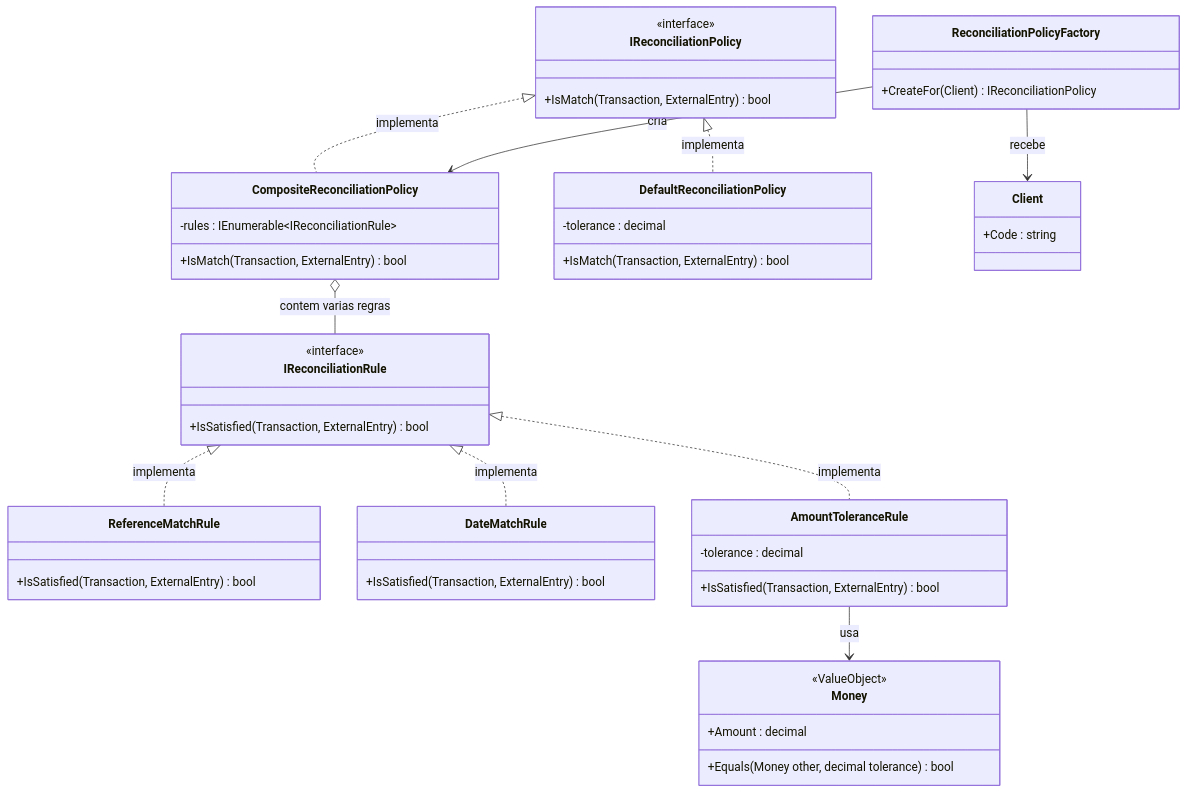
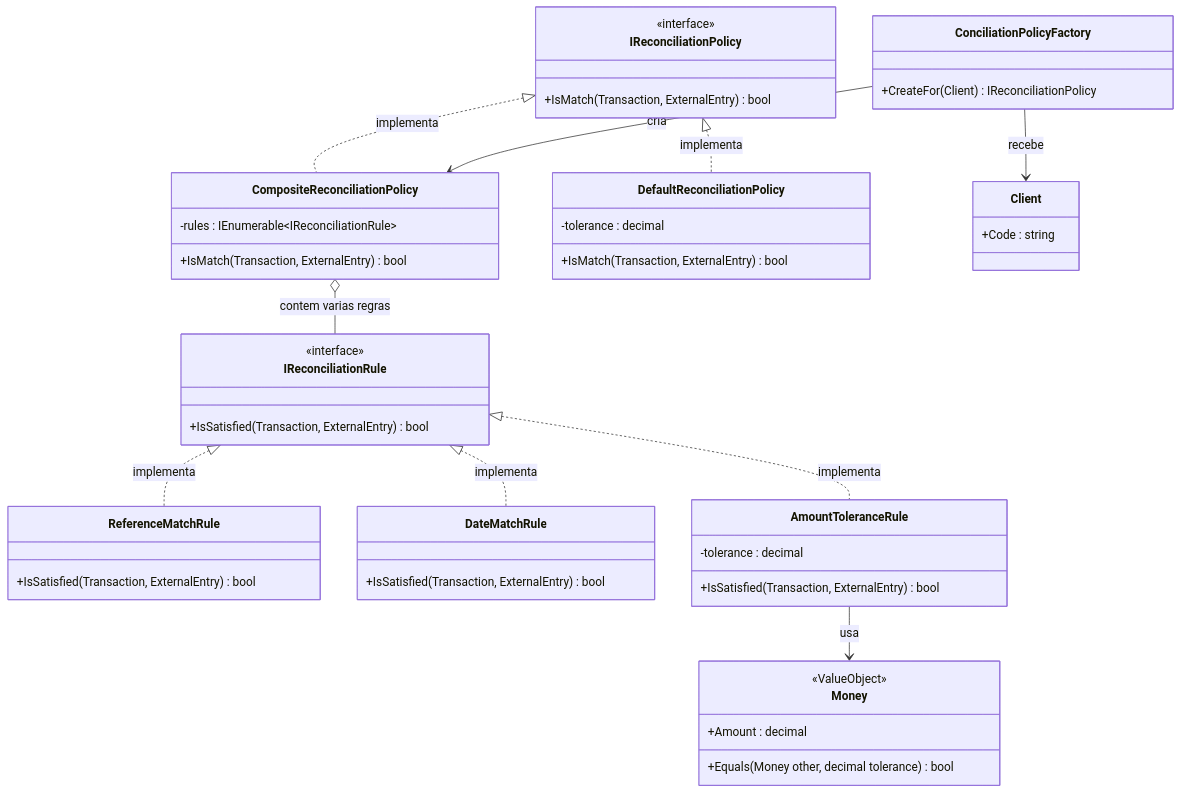
The eighth of 12 diagrams in docs/DIAGRAMAS-PROJETO.md (awernek/Conciliacao), drawn with Mermaid before and after one commit. The commit also changed other lines of this file and 40 other files, not shown here.

First line of the commit message:
feat: implement batch reconciliation flow and refactor API structure

````diff
--- a/docs/DIAGRAMAS-PROJETO.md
+++ b/docs/DIAGRAMAS-PROJETO.md
@@ -327,61 +326,61 @@
 ```mermaid
 classDiagram
     direction TB
 
     class IReconciliationPolicy {
         <<interface>>
         +IsMatch(Transaction, ExternalEntry) bool
     }
 
     class CompositeReconciliationPolicy {
         -rules : IEnumerable~IReconciliationRule~
         +IsMatch(Transaction, ExternalEntry) bool
     }
 
     class DefaultReconciliationPolicy {
         -tolerance : decimal
         +IsMatch(Transaction, ExternalEntry) bool
     }
 
     class IReconciliationRule {
         <<interface>>
         +IsSatisfied(Transaction, ExternalEntry) bool
     }
 
     class ReferenceMatchRule {
         +IsSatisfied(Transaction, ExternalEntry) bool
     }
 
     class DateMatchRule {
         +IsSatisfied(Transaction, ExternalEntry) bool
     }
 
     class AmountToleranceRule {
         -tolerance : decimal
         +IsSatisfied(Transaction, ExternalEntry) bool
     }
 
     class Money {
         <<ValueObject>>
         +Amount : decimal
         +Equals(Money other, decimal tolerance) bool
     }
 
-    class ReconciliationPolicyFactory {
+    class ConciliationPolicyFactory {
         +CreateFor(Client) IReconciliationPolicy
     }
 
     class Client {
         +Code : string
     }
 
     IReconciliationPolicy <|.. CompositeReconciliationPolicy : implementa
     IReconciliationPolicy <|.. DefaultReconciliationPolicy : implementa
     CompositeReconciliationPolicy o-- IReconciliationRule : contem varias regras
     IReconciliationRule <|.. ReferenceMatchRule : implementa
     IReconciliationRule <|.. DateMatchRule : implementa
     IReconciliationRule <|.. AmountToleranceRule : implementa
     AmountToleranceRule --> Money : usa
-    ReconciliationPolicyFactory --> Client : recebe
-    ReconciliationPolicyFactory --> CompositeReconciliationPolicy : cria
+    ConciliationPolicyFactory --> Client : recebe
+    ConciliationPolicyFactory --> CompositeReconciliationPolicy : cria
 ```
````
